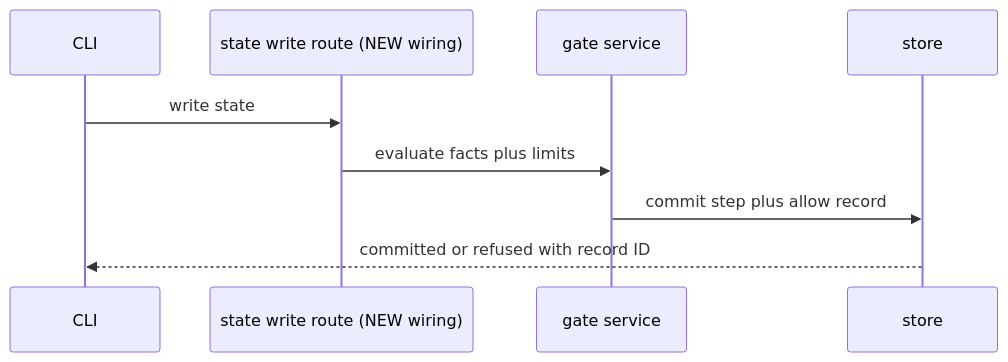
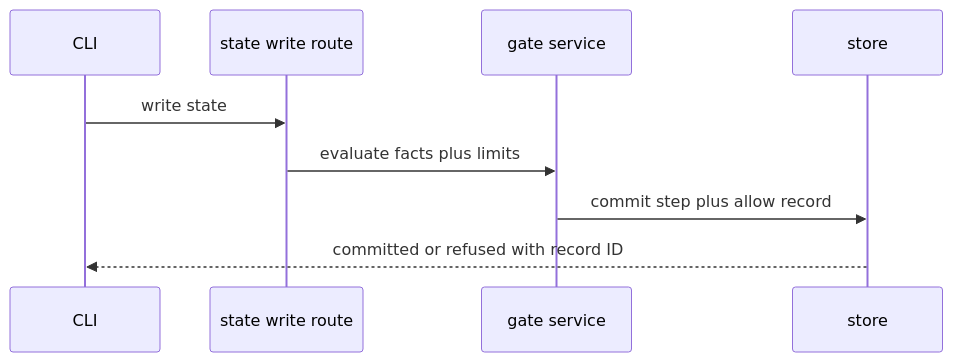
One commit to OpenDustpan/OpenDustpan changed the first of 5 diagrams in openspec/changes/state-write-state-facts-fixed/design.md. Above: the diagram before and after it, drawn with Mermaid. The commit also changed other lines of this file and 90 other files, not shown here.

````diff
--- a/openspec/changes/state-write-state-facts-fixed/design.md
+++ b/openspec/changes/state-write-state-facts-fixed/design.md
@@ -32,11 +32,11 @@
 ```mermaid
 sequenceDiagram
-participant CLI as CLI
-participant H as state write route (NEW wiring)
+participant CLI
+participant H as state write route
 participant G as gate service
 participant S as store
 CLI->>H: write state
 H->>G: evaluate facts plus limits
 G->>S: commit step plus allow record
 S-->>CLI: committed or refused with record ID
 ```
````
